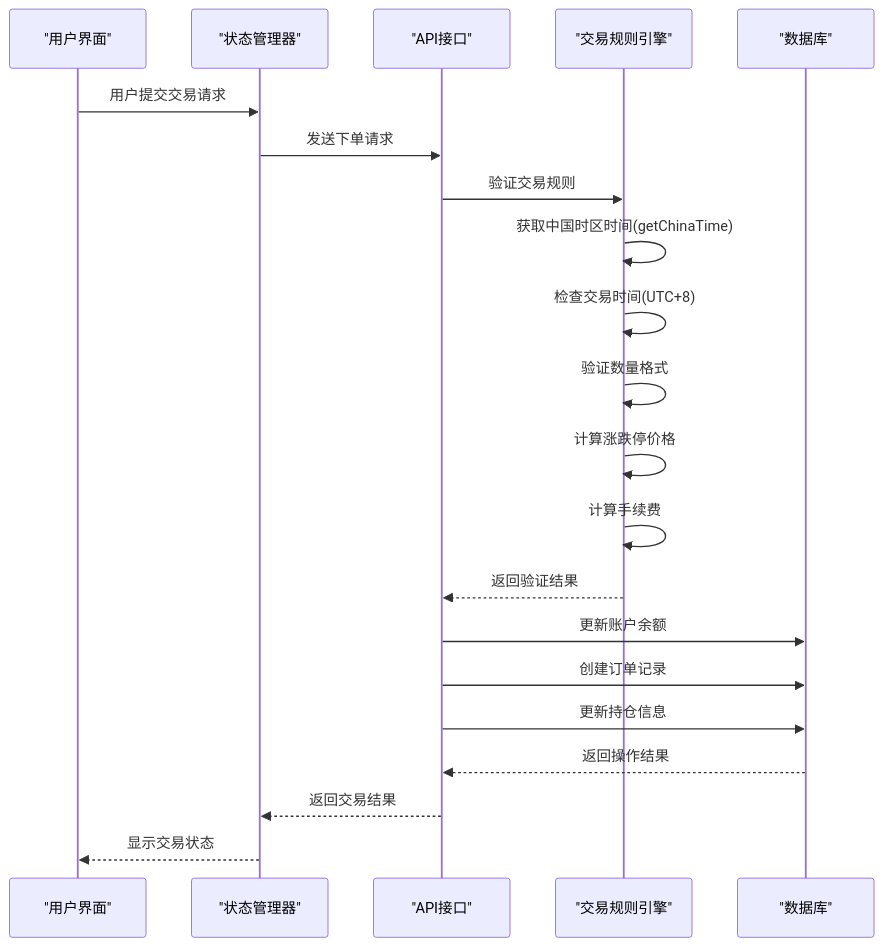
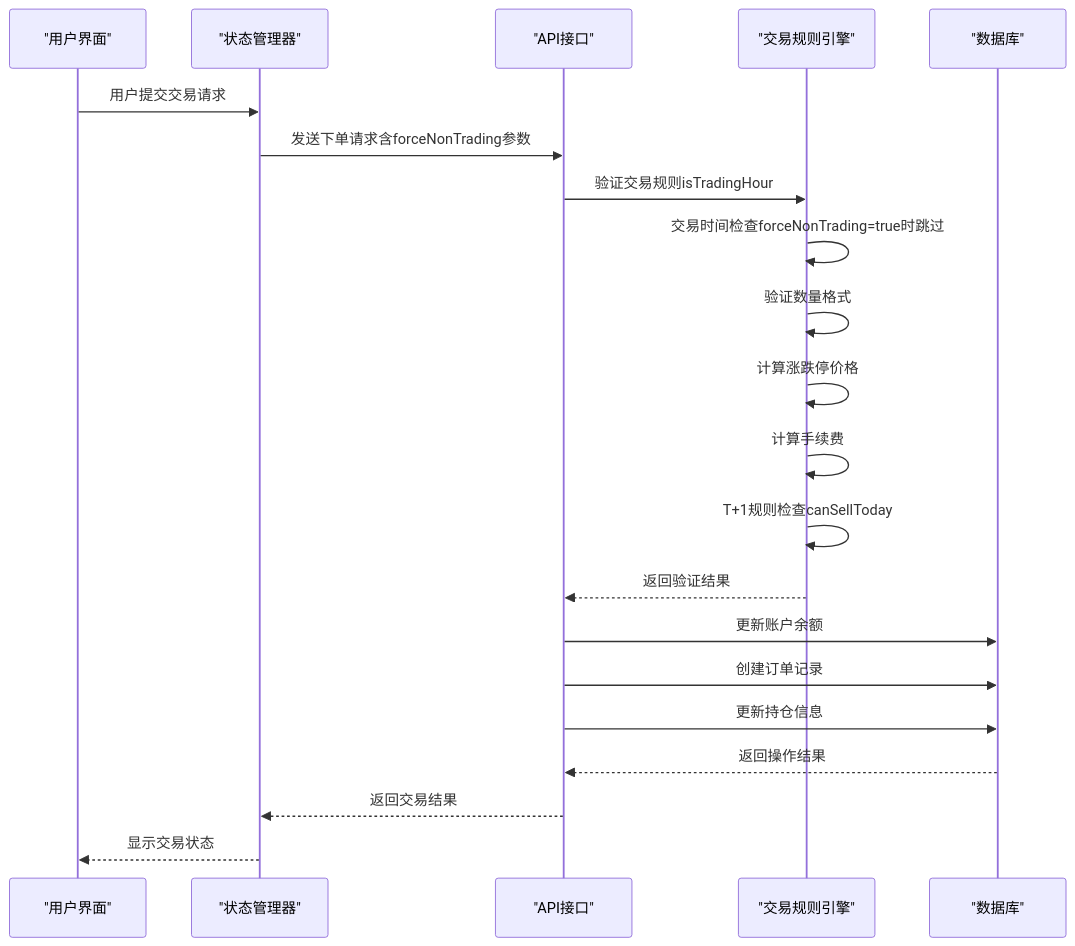
The second of 20 diagrams in .qoder/repowiki/zh/content/交易系统/交易规则引擎.md (javalittleman1/virtual-stock-trading), drawn with Mermaid before and after one commit. The commit also changed other lines of this file and 6 other files, not shown here.

````diff
--- a/.qoder/repowiki/zh/content/交易系统/交易规则引擎.md
+++ b/.qoder/repowiki/zh/content/交易系统/交易规则引擎.md
@@ -113,23 +121,23 @@
 ```mermaid
 sequenceDiagram
 participant UI as "用户界面"
 participant Store as "状态管理器"
 participant API as "API接口"
 participant Rules as "交易规则引擎"
 participant DB as "数据库"
 UI->>Store : 用户提交交易请求
-Store->>API : 发送下单请求
-API->>Rules : 验证交易规则
-Rules->>Rules : 获取中国时区时间(getChinaTime)
-Rules->>Rules : 检查交易时间(UTC+8)
+Store->>API : 发送下单请求含forceNonTrading参数
+API->>Rules : 验证交易规则isTradingHour
+Rules->>Rules : 交易时间检查forceNonTrading=true时跳过
 Rules->>Rules : 验证数量格式
 Rules->>Rules : 计算涨跌停价格
 Rules->>Rules : 计算手续费
+Rules->>Rules : T+1规则检查canSellToday
 Rules-->>API : 返回验证结果
 API->>DB : 更新账户余额
 API->>DB : 创建订单记录
 API->>DB : 更新持仓信息
 DB-->>API : 返回操作结果
 API-->>Store : 返回交易结果
 Store-->>UI : 显示交易状态
 ```
````
